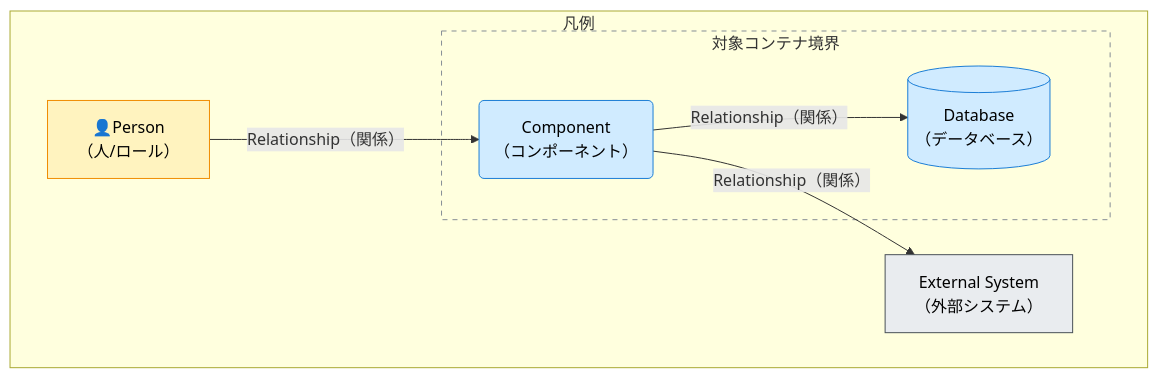
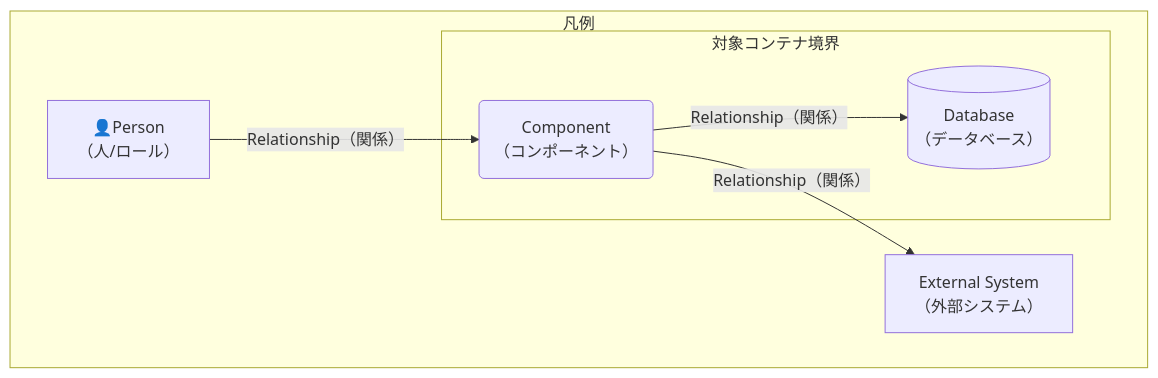
Before and after one commit to specdojo/specdojo: the third of 3 diagrams in docs/ja/specdojo/rulebooks/cpd-mermaid-rulebook.md, drawn with Mermaid. The commit also changed other lines of this file and 7 other files, not shown here.

````diff
--- a/docs/ja/specdojo/rulebooks/cpd-mermaid-rulebook.md
+++ b/docs/ja/specdojo/rulebooks/cpd-mermaid-rulebook.md
@@ -240,28 +155,19 @@
 ```mermaid
 flowchart LR
  subgraph 凡例["凡例"]
   direction LR
 
   人["👤Person<br>（人/ロール）"]
 
   subgraph 境界例["対象コンテナ境界"]
    C("Component<br>（コンポーネント）")
    DB[("Database<br>（データベース）")]
   end
 
   外部["External System<br>（外部システム）"]
 
   人 -->|"Relationship（関係）"| C
   C -->|"Relationship（関係）"| DB
   C -->|"Relationship（関係）"| 外部
  end
-
- %% Styles
- classDef person fill:#fff3bf,stroke:#f08c00,color:#000;
- classDef system fill:#d0ebff,stroke:#1c7ed6,color:#000;
- classDef external fill:#e9ecef,stroke:#495057,color:#000;
- class 人 person;
- class C,DB system;
- class 外部 external;
- style 境界例 fill:#ffffff,fill-opacity:0,stroke:#868e96,stroke-width:1px,stroke-dasharray: 5 5;
 ```
````
